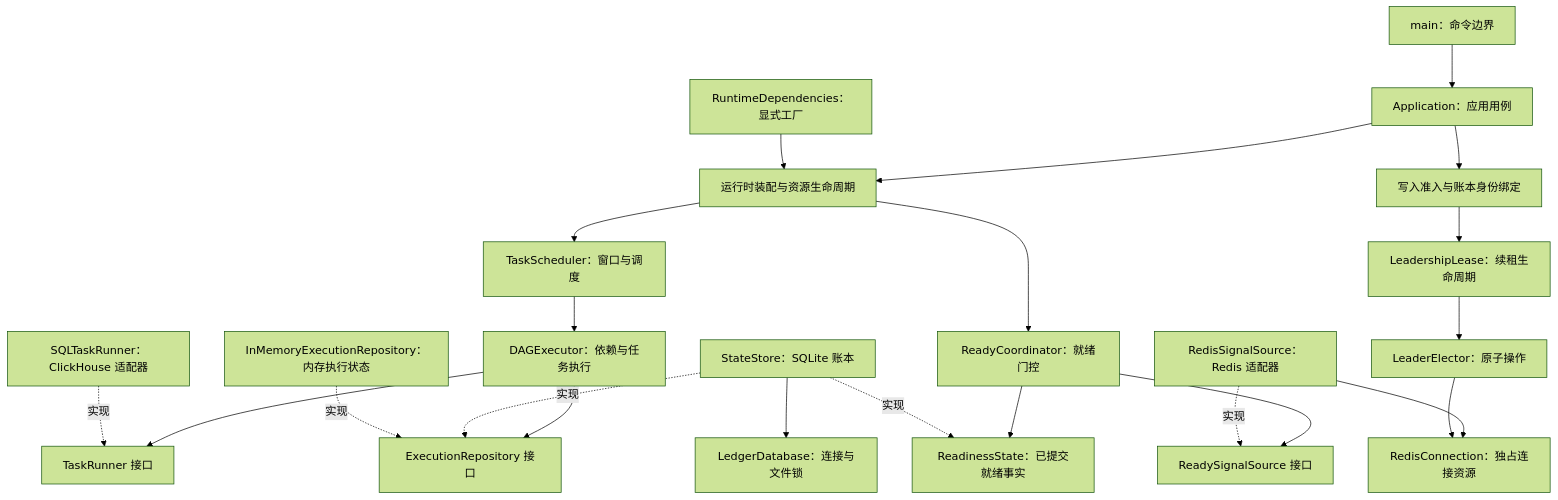
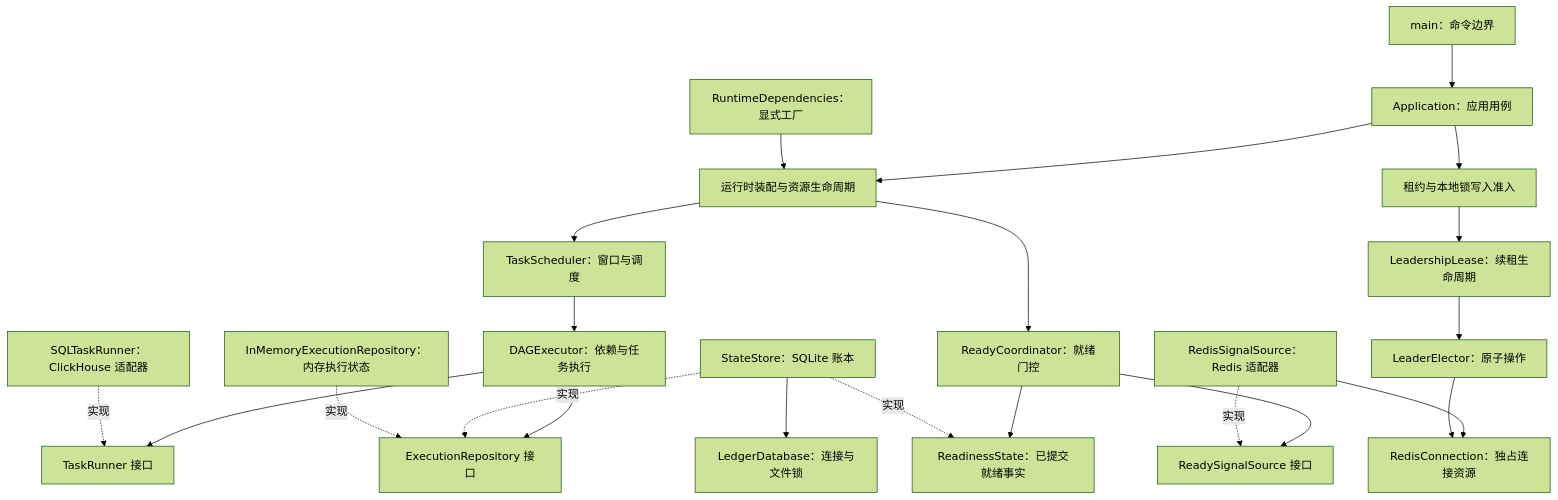
The second of 2 diagrams in docs/architecture.md (KANGJIA0123-PLUS/data-converge-lite), drawn with Mermaid (forest theme) before and after one commit. The commit also changed other lines of this file and 32 other files, not shown here.

````diff
--- a/docs/architecture.md
+++ b/docs/architecture.md
@@ -42,24 +42,24 @@
 ```mermaid
 flowchart TD
     CLI[main：命令边界] --> APP[Application：应用用例]
     APP --> RT[运行时装配与资源生命周期]
-    APP --> OWN[写入准入与账本身份绑定]
+    APP --> OWN[租约与本地锁写入准入]
     OWN --> LEASE[LeadershipLease：续租生命周期]
     DEP[RuntimeDependencies：显式工厂] --> RT
     RT --> SCHED[TaskScheduler：窗口与调度]
     SCHED --> DAG[DAGExecutor：依赖与任务执行]
     DAG --> RUN[TaskRunner 接口]
     DAG --> REPO[ExecutionRepository 接口]
     SQL[SQLTaskRunner：ClickHouse 适配器] -.实现.-> RUN
     SQLITE[StateStore：SQLite 账本] -.实现.-> REPO
     MEM[InMemoryExecutionRepository：内存执行状态] -.实现.-> REPO
     RT --> READY[ReadyCoordinator：就绪门控]
     READY --> SOURCE[ReadySignalSource 接口]
     REDIS[RedisSignalSource：Redis 适配器] -.实现.-> SOURCE
     REDIS --> CONN[RedisConnection：独占连接资源]
     LEASE --> ELECT[LeaderElector：原子操作]
     ELECT --> CONN
     READY --> FACTS[ReadinessState：已提交就绪事实]
     SQLITE -.实现.-> FACTS
     SQLITE --> DB[LedgerDatabase：连接与文件锁]
 ```
````
